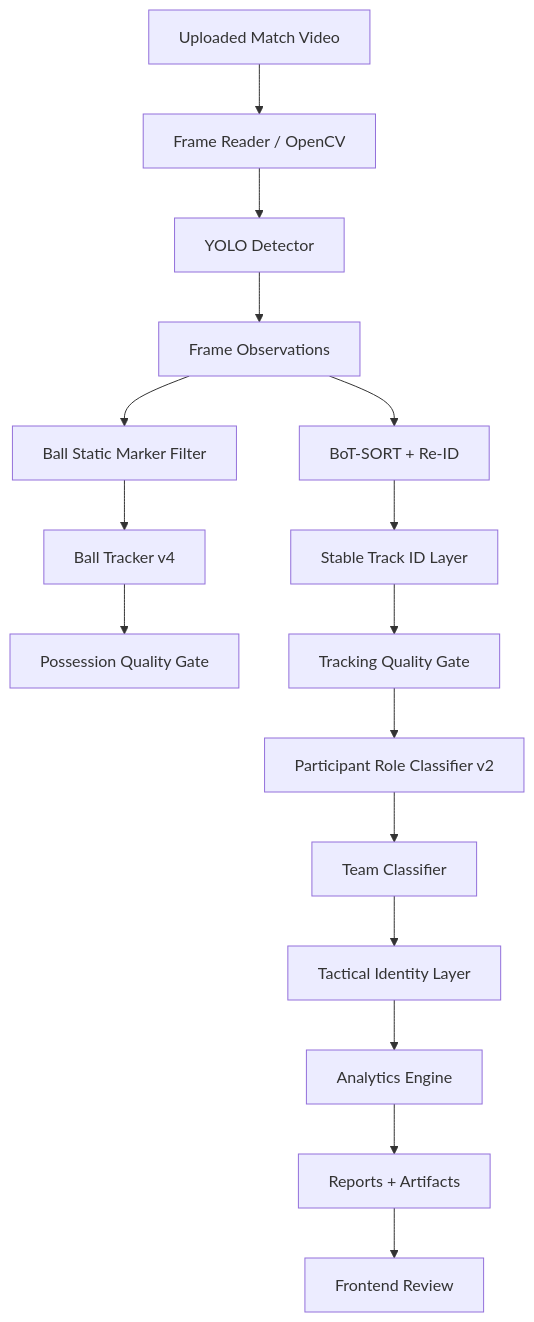
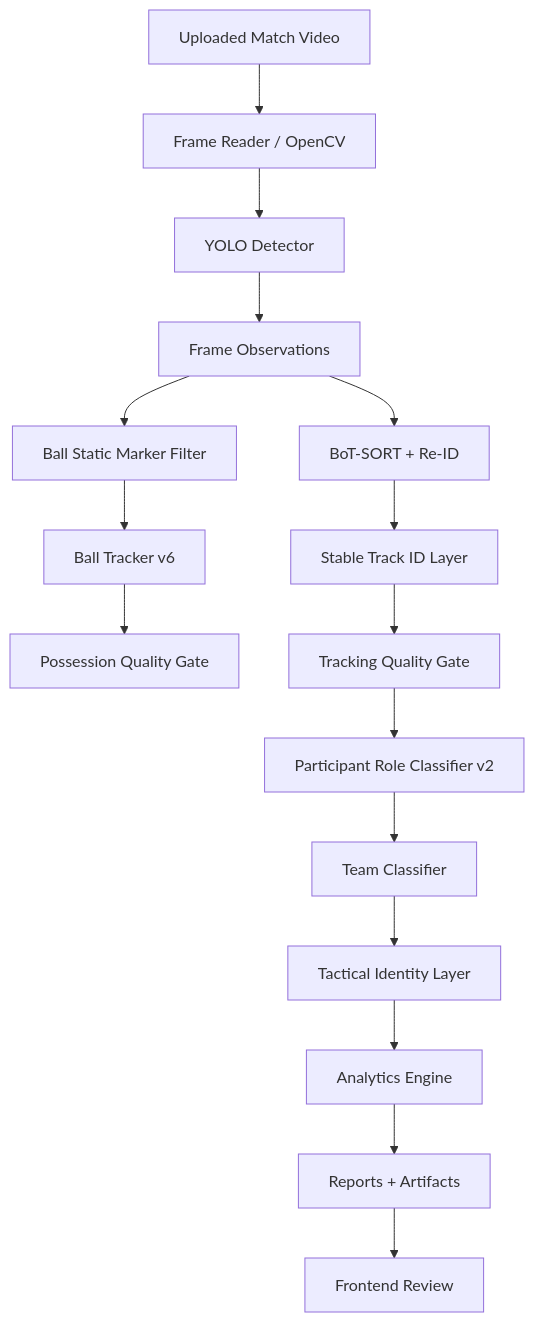
Before and after one commit to ahmedalbanna7/football-intelligence-platform: the third of 7 diagrams in README.md, drawn with Mermaid. The commit also changed other lines of this file and 13 other files, not shown here.

````diff
--- a/README.md
+++ b/README.md
@@ -92,18 +95,18 @@
 ```mermaid
 flowchart TD
     Video["Uploaded Match Video"] --> FrameRead["Frame Reader / OpenCV"]
     FrameRead --> Detector["YOLO Detector"]
     Detector --> RawObjects["Frame Observations"]
     RawObjects --> BallFilter["Ball Static Marker Filter"]
-    BallFilter --> BallTracker["Ball Tracker v4"]
+    BallFilter --> BallTracker["Ball Tracker v6"]
     BallTracker --> PossessionGate["Possession Quality Gate"]
     RawObjects --> Tracker["BoT-SORT + Re-ID"]
     Tracker --> Stabilizer["Stable Track ID Layer"]
     Stabilizer --> QualityGate["Tracking Quality Gate"]
     QualityGate --> RoleClassifier["Participant Role Classifier v2"]
     RoleClassifier --> TeamClassifier["Team Classifier"]
     TeamClassifier --> TacticalIdentity["Tactical Identity Layer"]
     TacticalIdentity --> Analytics["Analytics Engine"]
     Analytics --> Reports["Reports + Artifacts"]
     Reports --> Dashboard["Frontend Review"]
 ```
````
